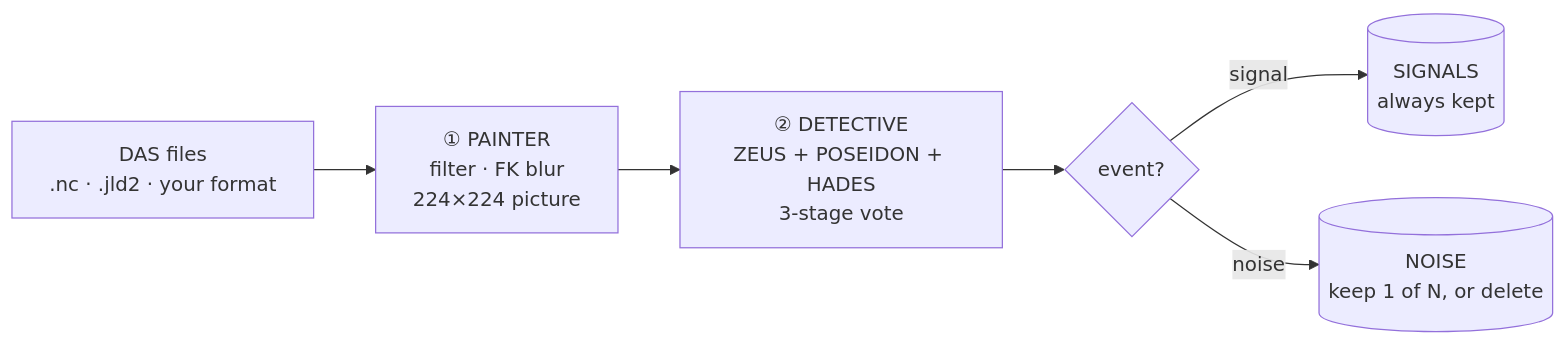
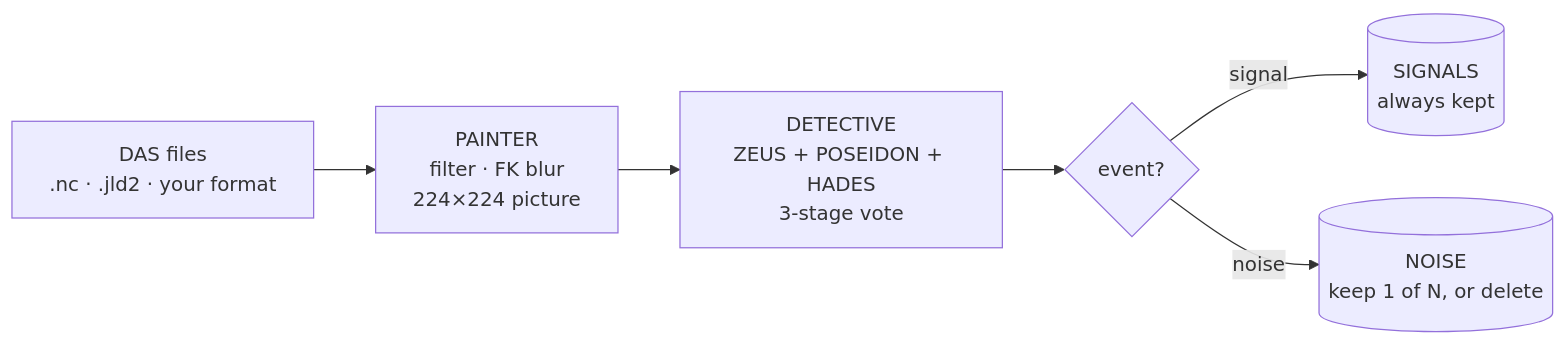
The diagram in README.md (marianoarnaiz/DASight.jl), drawn with Mermaid before and after one commit. The commit also changed other lines of this file, not shown here.

````diff
--- a/README.md
+++ b/README.md
@@ -44,8 +44,8 @@
 ```mermaid
 flowchart LR
-    A["DAS files<br/>.nc · .jld2 · your format"] --> B["① PAINTER<br/>filter · FK blur<br/>224×224 picture"]
-    B --> C["② DETECTIVE<br/>ZEUS + POSEIDON + HADES<br/>3-stage vote"]
+    A["DAS files<br/>.nc · .jld2 · your format"] --> B["PAINTER<br/>filter · FK blur<br/>224×224 picture"]
+    B --> C["DETECTIVE<br/>ZEUS + POSEIDON + HADES<br/>3-stage vote"]
     C --> D{event?}
     D -- signal --> E[("SIGNALS<br/>always kept")]
     D -- noise --> F[("NOISE<br/>keep 1 of N, or delete")]
 ```
````
